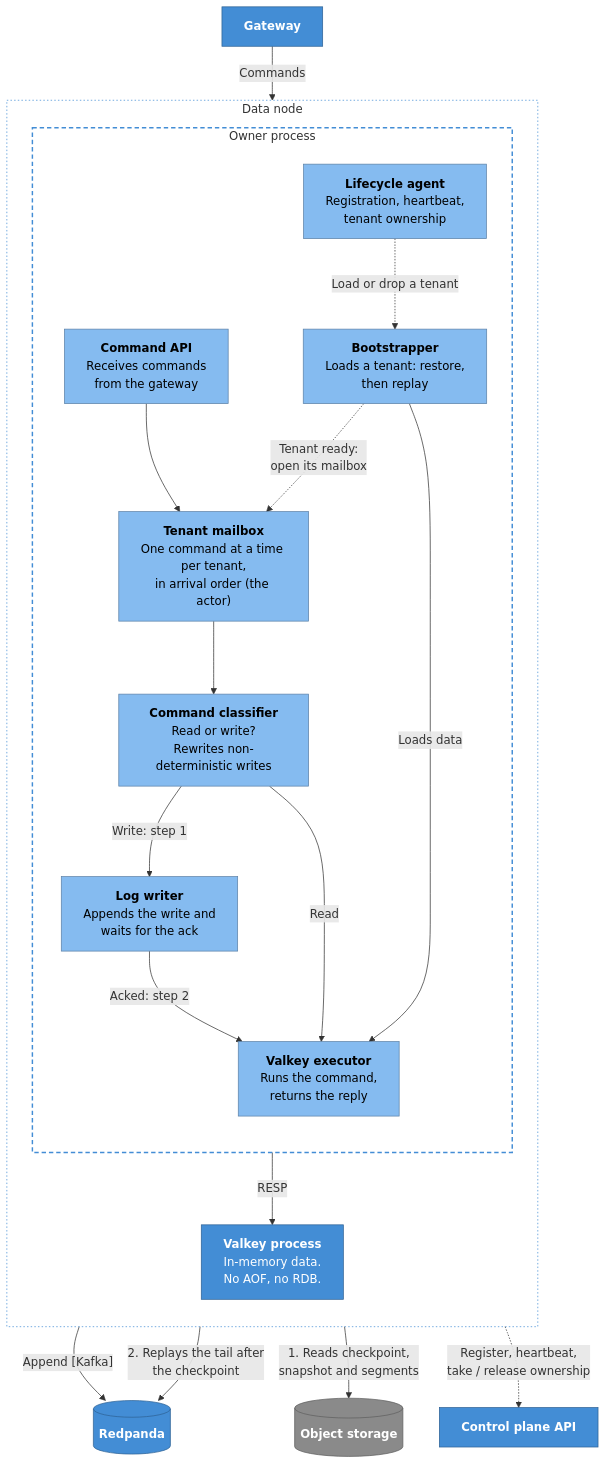
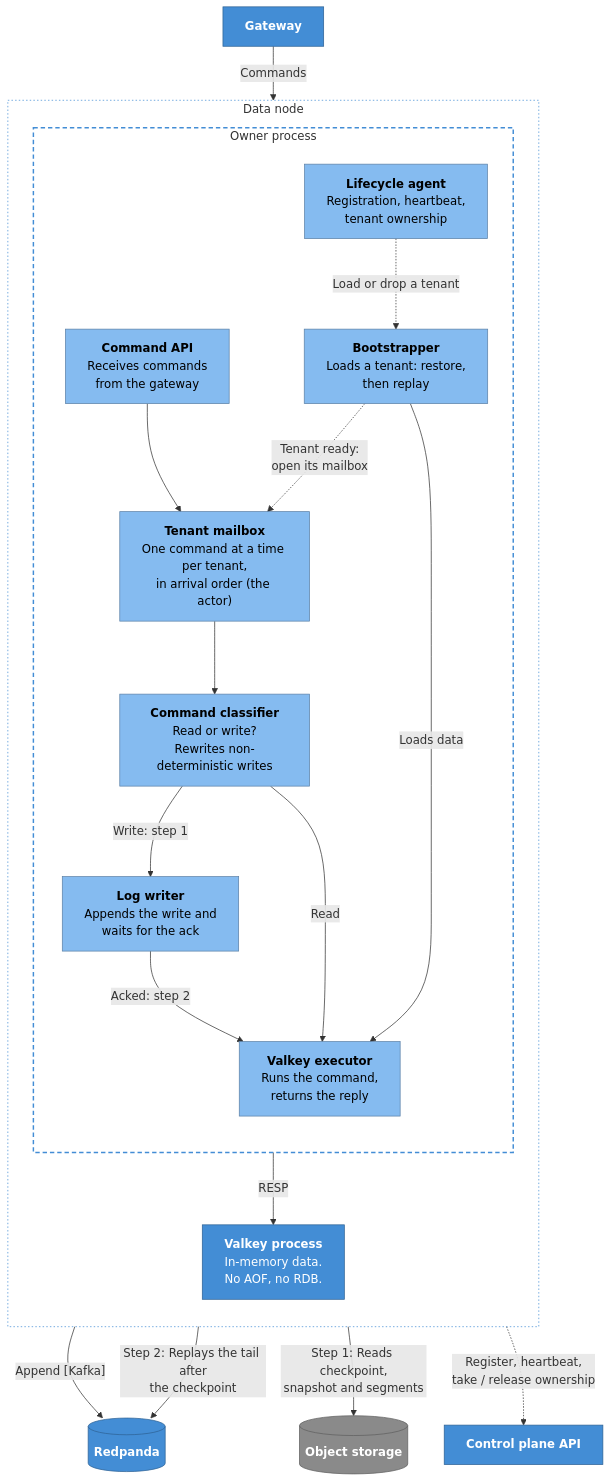
Before and after one commit to nickstrad/strata: the diagram in docs/diagrams/04-components-data-node.md, drawn with Mermaid. The commit also changed 2 other files, not shown here.

Commit message:
Fix diagram edge labels that Mermaid read as lists
Labels starting with '1. ' / '2. ' rendered as 'Unsupported markdown: list'.
Reworded to 'Step 1: ' / 'Step 2: '.

````diff
--- a/docs/diagrams/04-components-data-node.md
+++ b/docs/diagrams/04-components-data-node.md
@@ -6,51 +6,51 @@
 ```mermaid
 flowchart TB
     gw["<b>Gateway</b>"]
     cpapi["<b>Control plane API</b>"]
 
     subgraph node["Data node"]
         direction TB
 
         subgraph owner["Owner process"]
             direction TB
             api["<b>Command API</b><br/>Receives commands<br/>from the gateway"]
             mailbox["<b>Tenant mailbox</b><br/>One command at a time per tenant,<br/>in arrival order (the actor)"]
             classify["<b>Command classifier</b><br/>Read or write?<br/>Rewrites non-deterministic writes"]
             logw["<b>Log writer</b><br/>Appends the write and<br/>waits for the ack"]
             exec["<b>Valkey executor</b><br/>Runs the command,<br/>returns the reply"]
             boot["<b>Bootstrapper</b><br/>Loads a tenant: restore,<br/>then replay"]
             life["<b>Lifecycle agent</b><br/>Registration, heartbeat,<br/>tenant ownership"]
         end
 
         valkey["<b>Valkey process</b><br/>In-memory data.<br/>No AOF, no RDB."]
     end
 
     rp[("<b>Redpanda</b>")]
     obj[("<b>Object storage</b>")]
 
     gw -- "Commands" --> api
     api --> mailbox
     mailbox --> classify
     classify -- "Write: step 1" --> logw
     logw -- "Append [Kafka]" --> rp
     logw -- "Acked: step 2" --> exec
     classify -- "Read" --> exec
     exec -- "RESP" --> valkey
 
-    boot -- "1. Reads checkpoint,<br/>snapshot and segments" --> obj
-    boot -- "2. Replays the tail after<br/>the checkpoint" --> rp
+    boot -- "Step 1: Reads checkpoint,<br/>snapshot and segments" --> obj
+    boot -- "Step 2: Replays the tail after<br/>the checkpoint" --> rp
     boot -- "Loads data" --> exec
     boot -. "Tenant ready:<br/>open its mailbox" .-> mailbox
 
     life -. "Register, heartbeat,<br/>take / release ownership" .-> cpapi
     life -. "Load or drop a tenant" .-> boot
 
     classDef component fill:#85bbf0,stroke:#5d82a8,color:#000000
     classDef container fill:#438dd5,stroke:#2e6295,color:#ffffff
     classDef external fill:#8a8a8a,stroke:#5f5f5f,color:#ffffff
     class api,mailbox,classify,logw,exec,boot,life component
     class gw,cpapi,valkey,rp container
     class obj external
     style node fill:none,stroke:#438dd5,stroke-dasharray:2 3
     style owner fill:none,stroke:#438dd5,stroke-width:2px,stroke-dasharray:6 4
 ```
````
